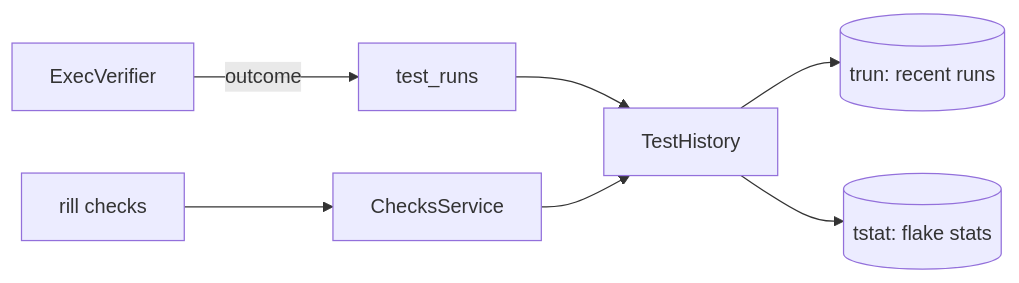
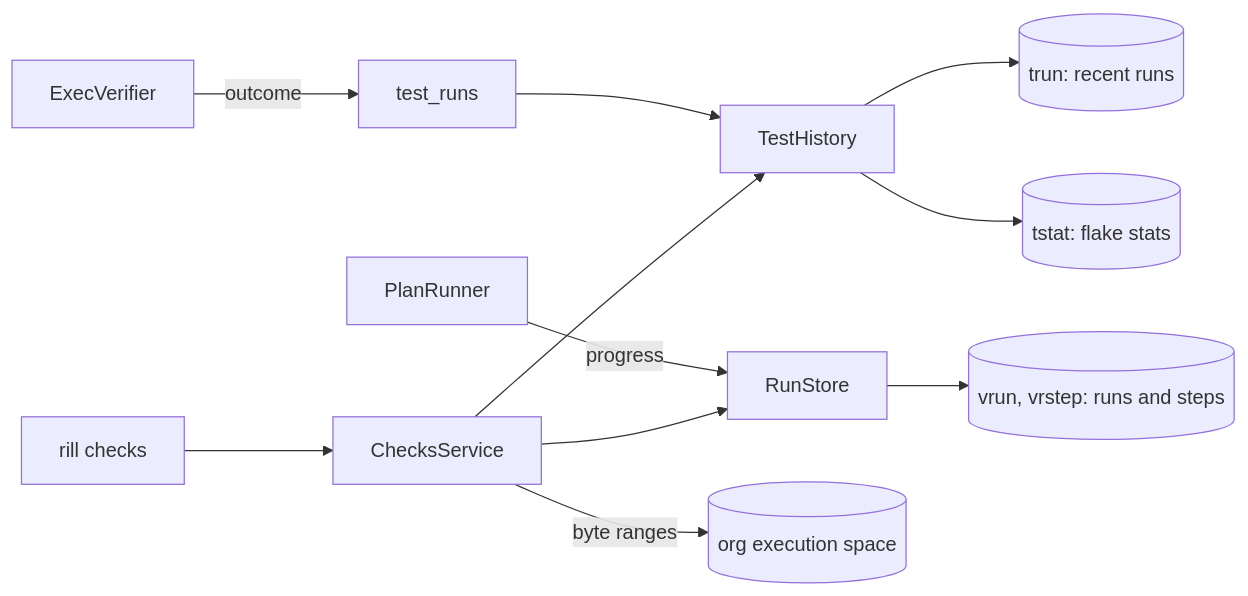
One commit to envoy1084/rill changed the diagram in architecture/06-services/checks.md. Above: the diagram before and after it, drawn with Mermaid. The commit also changed other lines of this file and 34 other files, not shown here.

First line of the commit message:
checks: verification runs with live progress, logs and artifacts

````diff
--- a/architecture/06-services/checks.md
+++ b/architecture/06-services/checks.md
@@ -8,9 +9,13 @@
 ```mermaid
 flowchart LR
+  pr[PlanRunner] -->|progress| rs[RunStore]
+  rs --> vrun[(vrun, vrstep: runs and steps)]
   ev[ExecVerifier] -->|outcome| runs[test_runs]
   runs --> hist[TestHistory]
   hist --> trun[(trun: recent runs)]
   hist --> tstat[(tstat: flake stats)]
   api[ChecksService] --> hist
+  api --> rs
+  api -->|byte ranges| cas[(org execution space)]
   cli[rill checks] --> api
 ```
````
